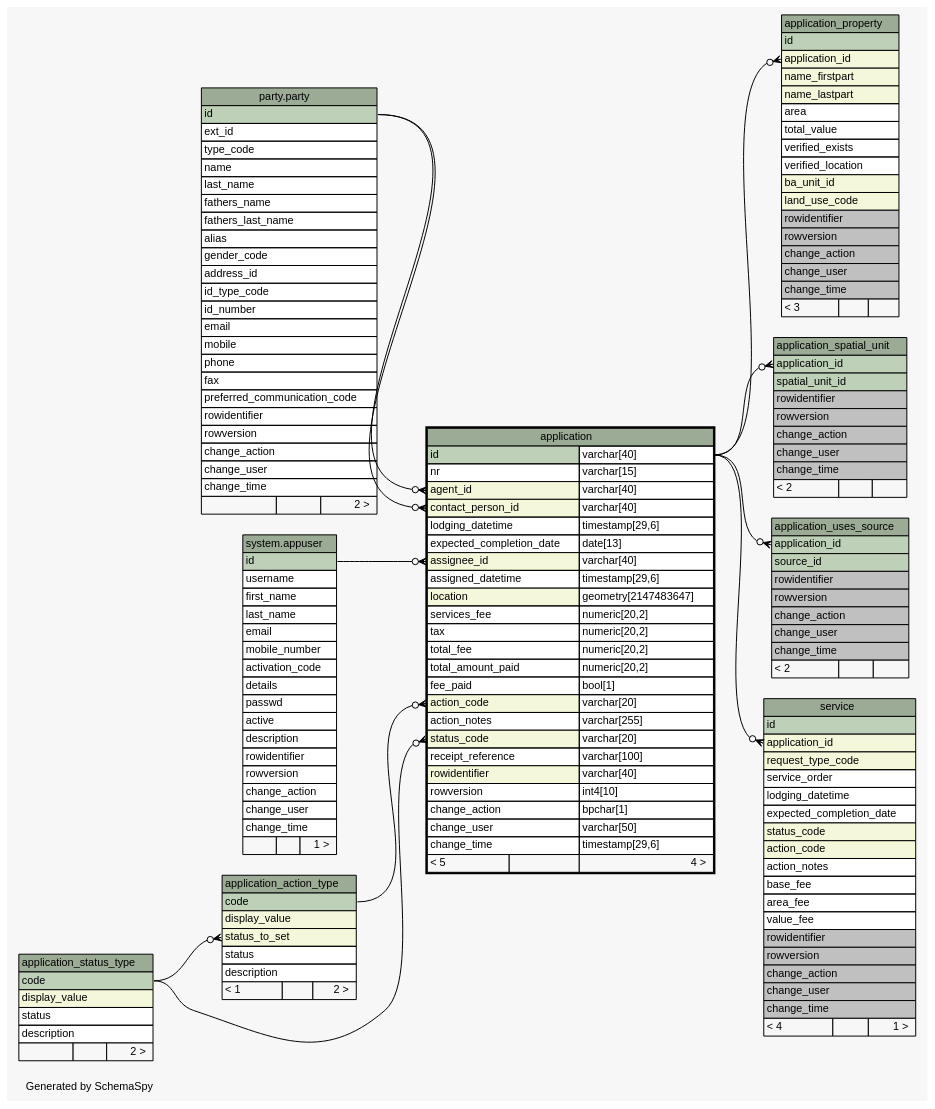
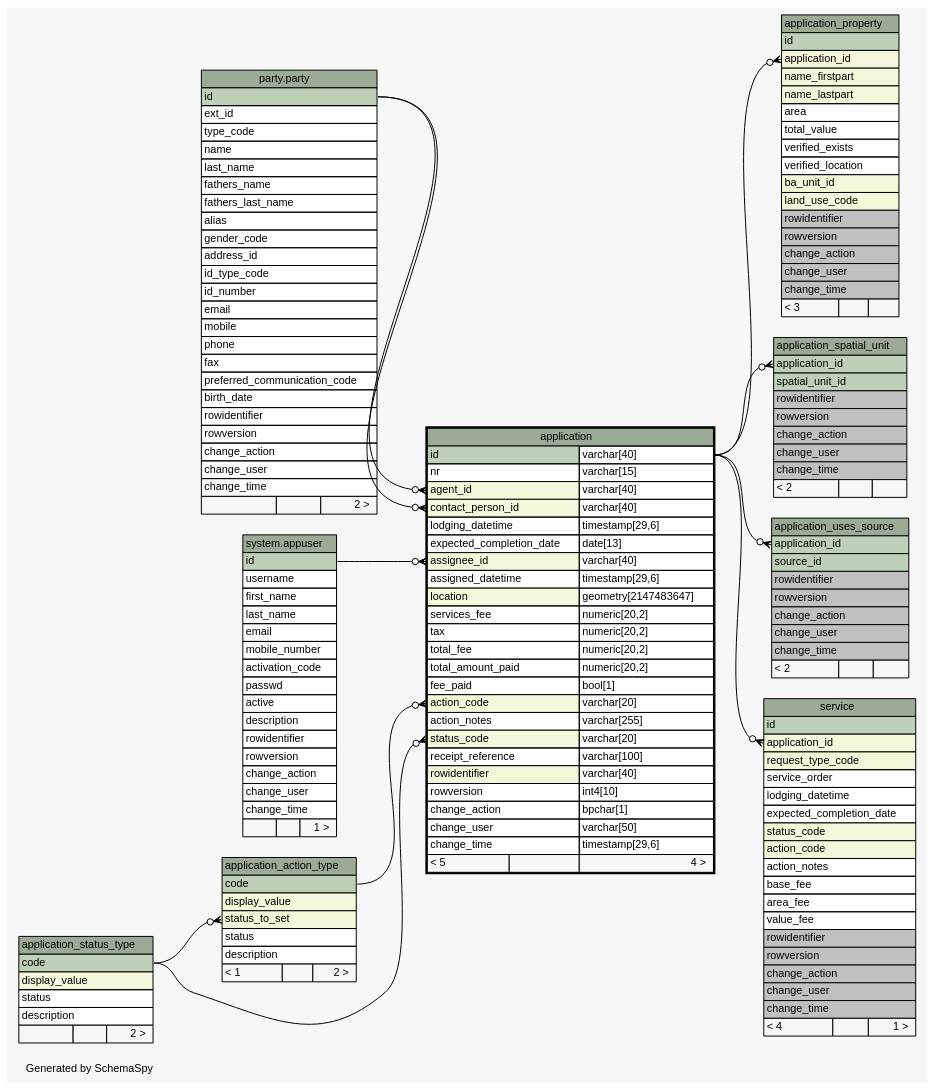
Before and after one commit to SOLA-FAO/database_sola: the diagram in doc/application/diagrams/application.1degree.dot, drawn with Graphviz. The commit also changed 321 other files, not shown here.

Commit message:
[#412 responsible:none state:fixed] opentenure schema created and party and document tables extended with extra fields.

```diff
--- a/doc/application/diagrams/application.1degree.dot
+++ b/doc/application/diagrams/application.1degree.dot
@@ -155,7 +155,6 @@
       <TR><TD PORT="email" COLSPAN="3" ALIGN="LEFT">email</TD></TR>
       <TR><TD PORT="mobile_number" COLSPAN="3" ALIGN="LEFT">mobile_number</TD></TR>
       <TR><TD PORT="activation_code" COLSPAN="3" ALIGN="LEFT">activation_code</TD></TR>
-      <TR><TD PORT="details" COLSPAN="3" ALIGN="LEFT">details</TD></TR>
       <TR><TD PORT="passwd" COLSPAN="3" ALIGN="LEFT">passwd</TD></TR>
       <TR><TD PORT="active" COLSPAN="3" ALIGN="LEFT">active</TD></TR>
       <TR><TD PORT="description" COLSPAN="3" ALIGN="LEFT">description</TD></TR>
@@ -190,6 +189,7 @@
       <TR><TD PORT="phone" COLSPAN="3" ALIGN="LEFT">phone</TD></TR>
       <TR><TD PORT="fax" COLSPAN="3" ALIGN="LEFT">fax</TD></TR>
       <TR><TD PORT="preferred_communication_code" COLSPAN="3" ALIGN="LEFT">preferred_communication_code</TD></TR>
+      <TR><TD PORT="birth_date" COLSPAN="3" ALIGN="LEFT">birth_date</TD></TR>
       <TR><TD PORT="rowidentifier" COLSPAN="3" ALIGN="LEFT">rowidentifier</TD></TR>
       <TR><TD PORT="rowversion" COLSPAN="3" ALIGN="LEFT">rowversion</TD></TR>
       <TR><TD PORT="change_action" COLSPAN="3" ALIGN="LEFT">change_action</TD></TR>
```
